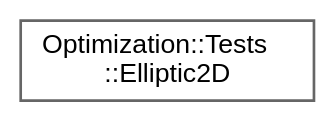
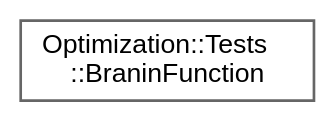
The diagram in inherit_graph_47.dot (jswoo0615/Algorithms_for_Optimization_cpp), drawn with Graphviz before and after one commit. The commit also changed 102 other files, not shown here.

```diff
--- a/inherit_graph_47.dot
+++ b/inherit_graph_47.dot
@@ -1,9 +1,9 @@
 digraph "Graphical Class Hierarchy"
 {
  // LATEX_PDF_SIZE
   bgcolor="transparent";
   edge [fontname=Helvetica,fontsize=10,labelfontname=Helvetica,labelfontsize=10];
   node [fontname=Helvetica,fontsize=10,shape=box,height=0.2,width=0.4];
   rankdir="LR";
-  Node0 [id="Node000000",label="Optimization::Tests\l::Elliptic2D",height=0.2,width=0.4,color="grey40", fillcolor="white", style="filled",URL="$structOptimization_1_1Tests_1_1Elliptic2D.html",tooltip=" "];
+  Node0 [id="Node000000",label="Optimization::Tests\l::BraninFunction",height=0.2,width=0.4,color="grey40", fillcolor="white", style="filled",URL="$structOptimization_1_1Tests_1_1BraninFunction.html",tooltip="Branin Function (전역 최적화 테스트용 벤치마크)"];
 }
```
